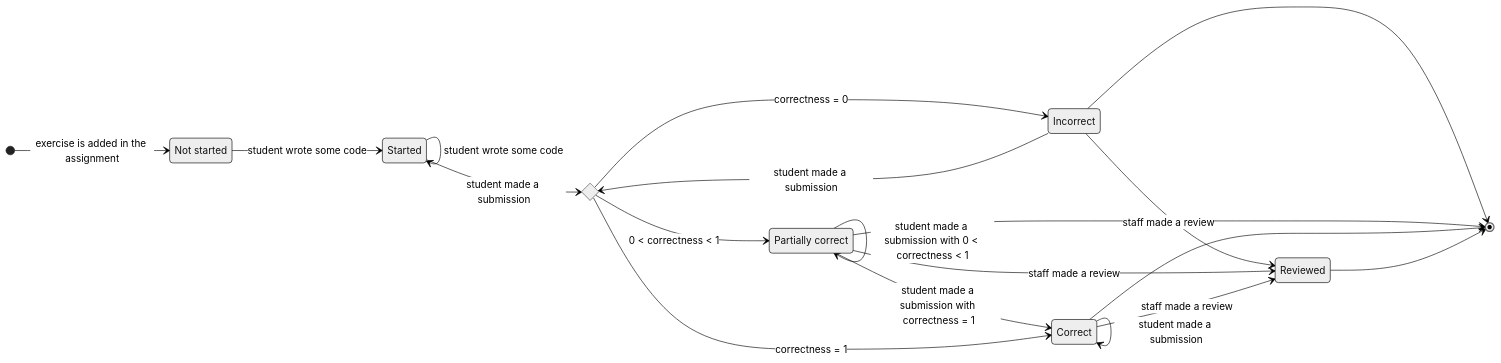
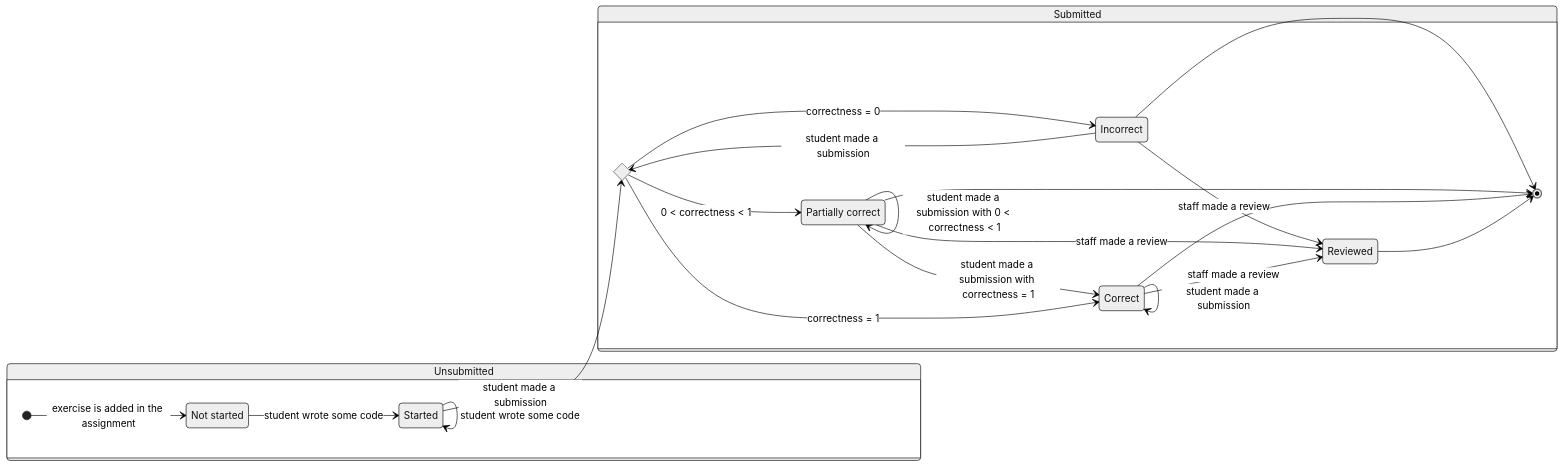
Before and after one commit to codemeistre/docs: the diagram in mermaid-diagrams/programming-exercise/programming_exercise_states_in_assignment.mmd, drawn with Mermaid (neutral theme). The commit also changed 1 other file, not shown here.

Commit message:
docs(programming-exercise): apply new `submitted` & `unsubmitted` super states

```diff
--- a/mermaid-diagrams/programming-exercise/programming_exercise_states_in_assignment.mmd
+++ b/mermaid-diagrams/programming-exercise/programming_exercise_states_in_assignment.mmd
@@ -1,37 +1,44 @@
 %%! spec: 01/11/2022
 
 stateDiagram-v2
     direction LR
 
     state submission_made <<choice>>
+
+    exercise_unsubmitted: Unsubmitted
+    exercise_submitted: Submitted
 
     exercise_not_started: Not started
     exercise_started: Started
     exercise_correct: Correct
     exercise_partially_correct: Partially correct
     exercise_incorrect: Incorrect
     exercise_reviewed: Reviewed
 
-    [*] --> exercise_not_started: exercise is added in the assignment
-    exercise_not_started --> exercise_started: student wrote some code
+    state exercise_unsubmitted {
+        [*] --> exercise_not_started: exercise is added in the assignment
+        exercise_not_started --> exercise_started: student wrote some code
 
-    exercise_started --> exercise_started: student wrote some code
-    exercise_started --> submission_made: student made a submission
+        exercise_started --> exercise_started: student wrote some code
+        exercise_started --> submission_made: student made a submission
+    }
 
-    submission_made --> exercise_incorrect: correctness = 0
-    exercise_incorrect --> submission_made: student made a submission
-    exercise_incorrect --> exercise_reviewed: staff made a review
-    exercise_incorrect --> [*]
+    state exercise_submitted {
+        submission_made --> exercise_incorrect: correctness = 0
+        exercise_incorrect --> submission_made: student made a submission
+        exercise_incorrect --> exercise_reviewed: staff made a review
+        exercise_incorrect --> [*]
 
-    submission_made --> exercise_partially_correct: 0 < correctness < 1
-    exercise_partially_correct --> exercise_partially_correct: student made a submission with 0 < correctness < 1
-    exercise_partially_correct --> exercise_correct: student made a submission with correctness = 1
-    exercise_partially_correct --> exercise_reviewed: staff made a review
-    exercise_partially_correct --> [*]
+        submission_made --> exercise_partially_correct: 0 < correctness < 1
+        exercise_partially_correct --> exercise_partially_correct: student made a submission with 0 < correctness < 1
+        exercise_partially_correct --> exercise_correct: student made a submission with correctness = 1
+        exercise_partially_correct --> exercise_reviewed: staff made a review
+        exercise_partially_correct --> [*]
 
-    submission_made --> exercise_correct: correctness = 1
-    exercise_correct --> exercise_correct: student made a submission
-    exercise_correct --> exercise_reviewed: staff made a review
-    exercise_correct --> [*]
+        submission_made --> exercise_correct: correctness = 1
+        exercise_correct --> exercise_correct: student made a submission
+        exercise_correct --> exercise_reviewed: staff made a review
+        exercise_correct --> [*]
 
-    exercise_reviewed --> [*]
+        exercise_reviewed --> [*]
+    }
```
